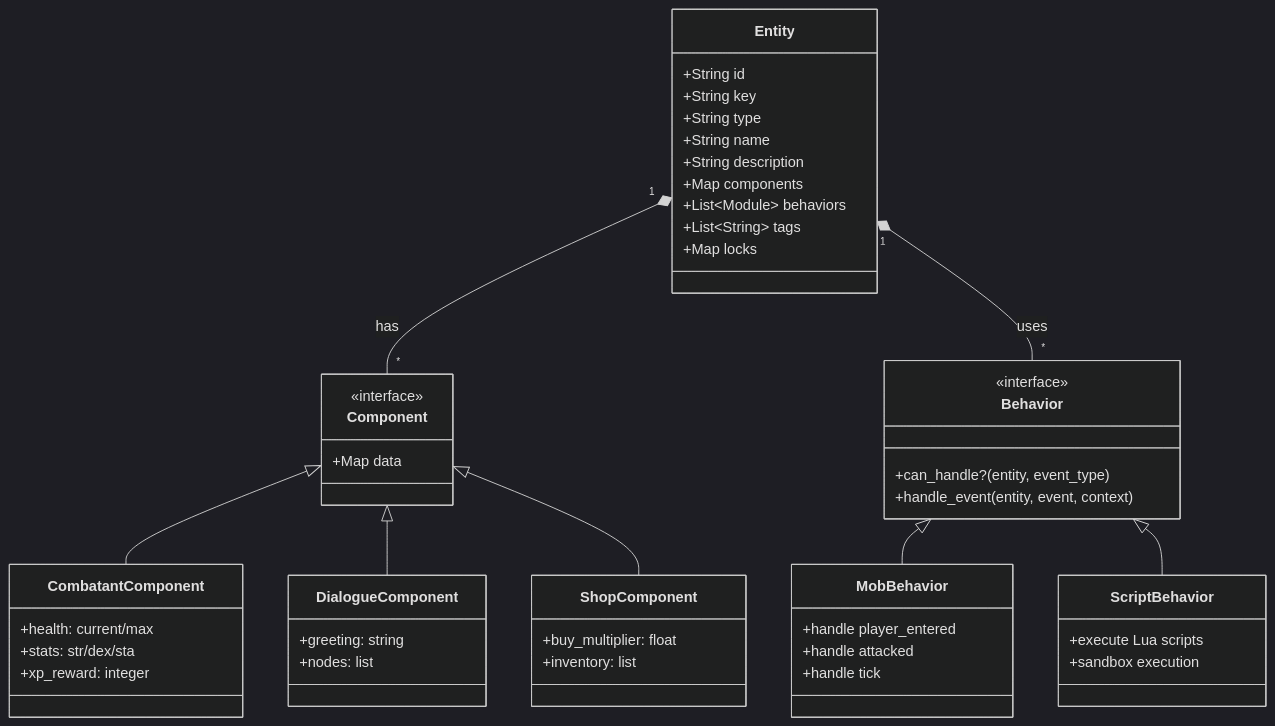
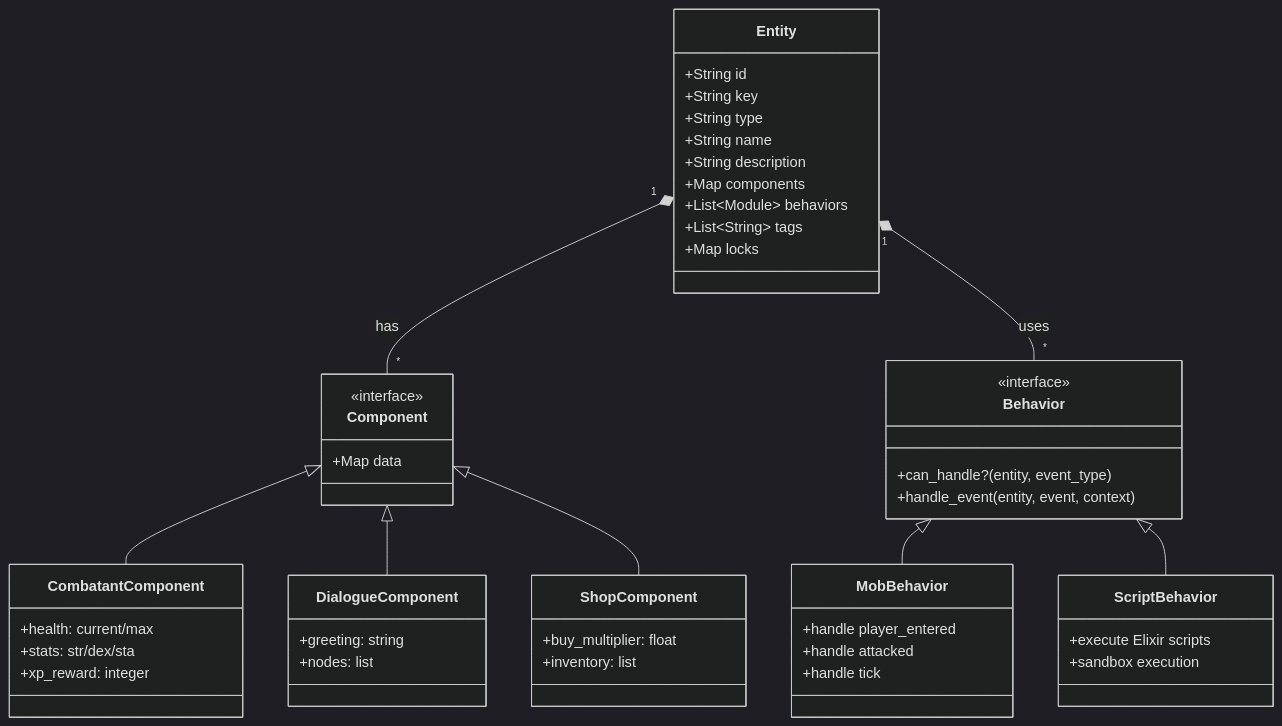
One commit to lorecrafting/lokacore changed the fifth of 9 diagrams in docs/architecture/diagrams.md. Above: the diagram before and after it, drawn with Mermaid (dark theme). The commit also changed other lines of this file and 29 other files, not shown here.

````diff
--- a/docs/architecture/diagrams.md
+++ b/docs/architecture/diagrams.md
@@ -181,61 +181,61 @@
 ```mermaid
 classDiagram
     class Entity {
         +String id
         +String key
         +String type
         +String name
         +String description
         +Map components
         +List~Module~ behaviors
         +List~String~ tags
         +Map locks
     }
 
     class Component {
         <<interface>>
         +Map data
     }
 
     class Behavior {
         <<interface>>
         +can_handle?(entity, event_type)
         +handle_event(entity, event, context)
     }
 
     Entity "1" *-- "*" Component : has
     Entity "1" *-- "*" Behavior : uses
 
     class CombatantComponent {
         +health: current/max
         +stats: str/dex/sta
         +xp_reward: integer
     }
 
     class DialogueComponent {
         +greeting: string
         +nodes: list
     }
 
     class ShopComponent {
         +buy_multiplier: float
         +inventory: list
     }
 
     class MobBehavior {
         +handle player_entered
         +handle attacked
         +handle tick
     }
 
     class ScriptBehavior {
-        +execute Lua scripts
+        +execute Elixir scripts
         +sandbox execution
     }
 
     Component <|-- CombatantComponent
     Component <|-- DialogueComponent
     Component <|-- ShopComponent
     Behavior <|-- MobBehavior
     Behavior <|-- ScriptBehavior
 ```
````
